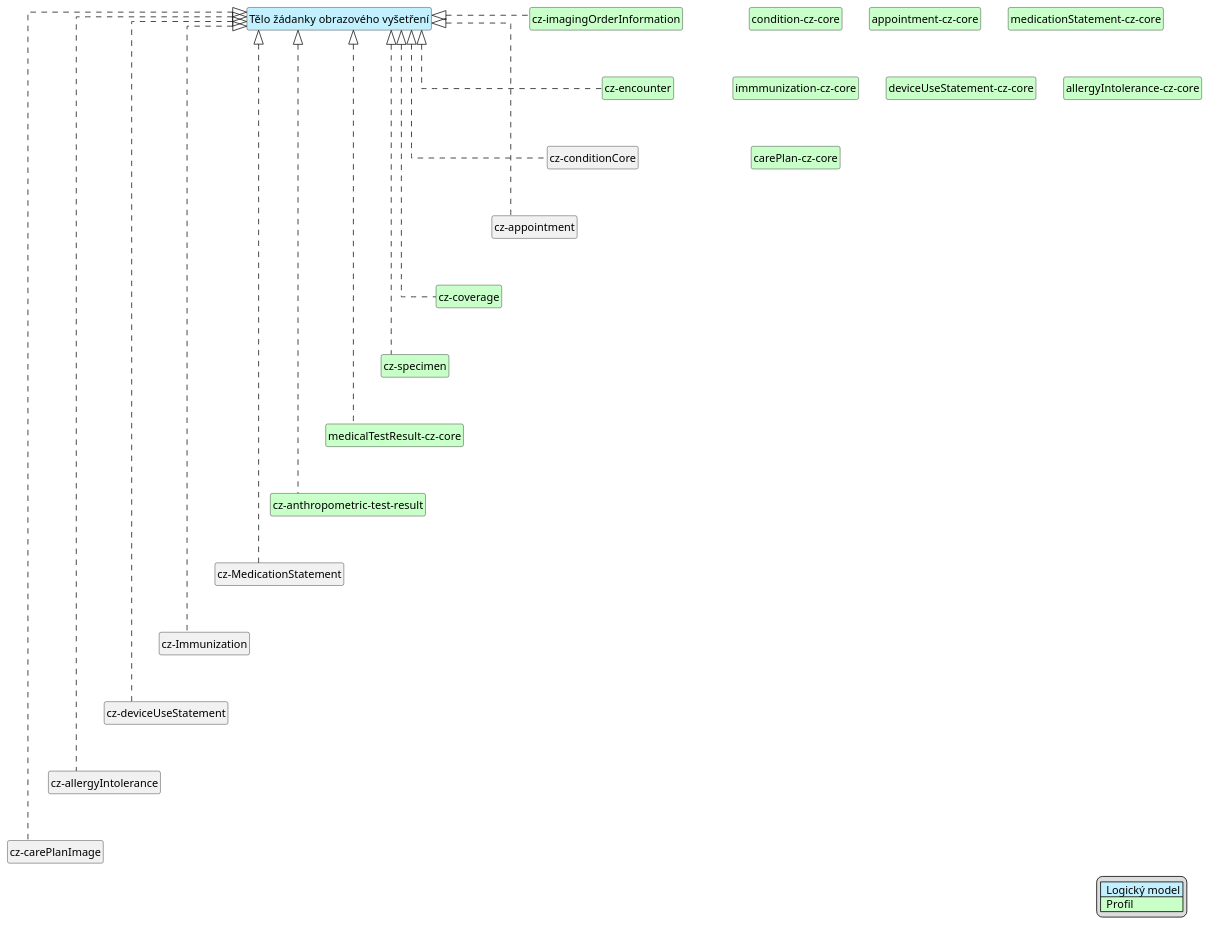
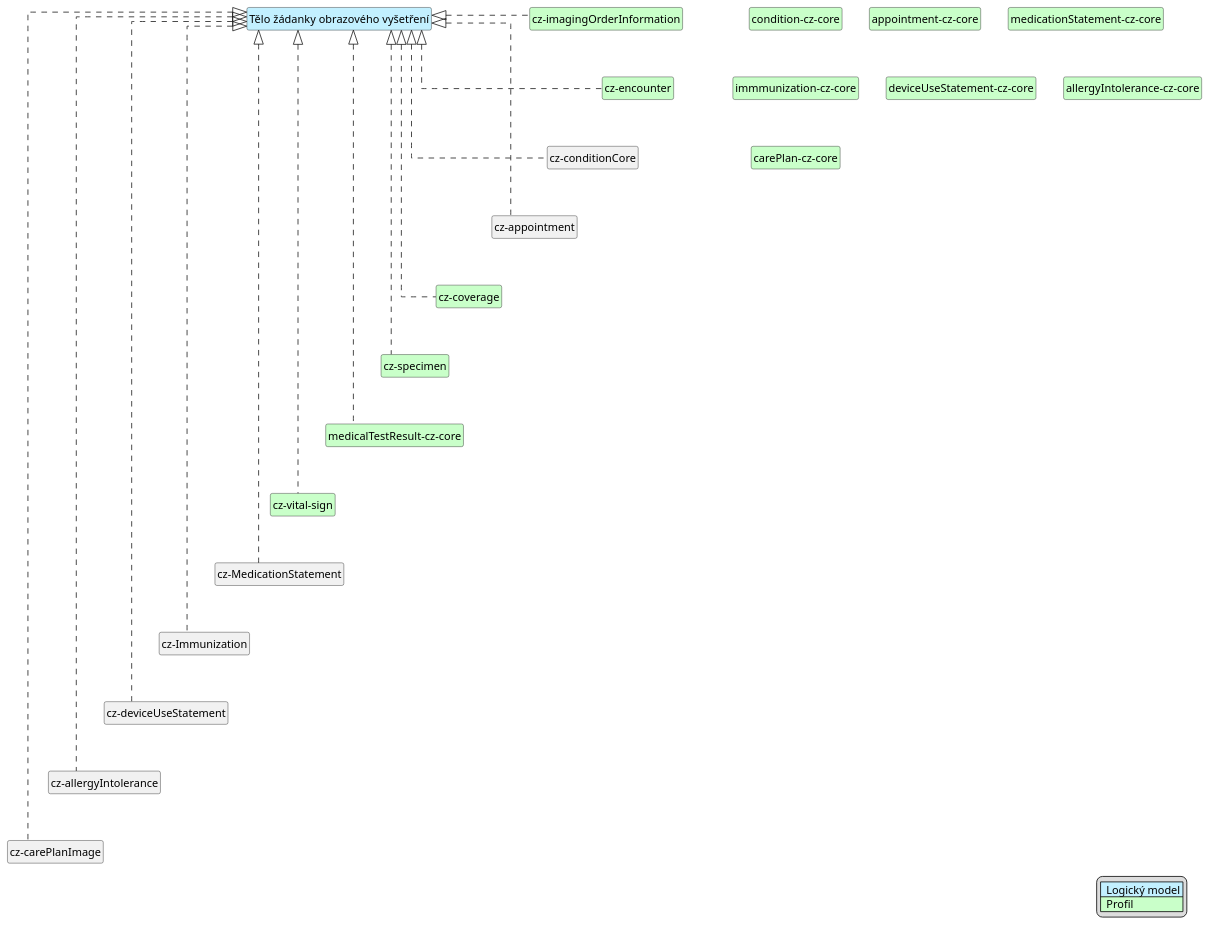
One commit to HL7-cz/img-order changed the diagram in input/images-source/imgOrderBody-map-cs.plantuml. Above: the diagram before and after it, drawn with PlantUML. The commit also changed 16 other files, not shown here.

```diff
--- a/input/images-source/imgOrderBody-map-cs.plantuml
+++ b/input/images-source/imgOrderBody-map-cs.plantuml
@@ -1,58 +1,58 @@
 @startuml
 hide circle
 hide stereotype
 hide members
 hide methods
 skinparam linetype ortho
 skinparam class {
 BackgroundColor<<LogicalModel>> #APPLICATION
 BackgroundColor<<Profile>> #TECHNOLOGY
 }
 legend right
 | <#APPLICATION>  Logický model |
 | <#TECHNOLOGY>  Profil |
 endlegend
 class "Tělo žádanky obrazového vyšetření" <<LogicalModel>> [[StructureDefinition-BodyImageOrderCz.html]]
 
 class "cz-imagingOrderInformation" <<Profile>> [[StructureDefinition-cz-imagingOrderInformation.html]]
 class "condition-cz-core" <<Profile>> [[https://hl7.cz/fhir/core/StructureDefinition-condition-cz-core.html]]
 class "cz-encounter" <<Profile>> [[https://hl7.cz/fhir/core/StructureDefinition-cz-encounter.html]]
 class "cz-coverage" <<Profile>> [[https://hl7.cz/fhir/core/StructureDefinition-cz-coverage.html]]
 class "appointment-cz-core" <<Profile>> [[https://hl7.cz/fhir/core/StructureDefinition-appointment-cz-core.html]]
 class "cz-specimen" <<Profile>> [[https://hl7.cz/fhir/core/StructureDefinition-cz-specimen.html]]
 class "medicalTestResult-cz-core" <<Profile>> [[https://hl7.cz/fhir/core/StructureDefinition-medicalTestResult-cz-core.html]]
-class "cz-anthropometric-test-result" <<Profile>> [[StructureDefinition-cz-anthropometric-test-result.html]]
+class "cz-vital-sign" <<Profile>> [[StructureDefinition-cz-vital-sign.html]]
 class "medicationStatement-cz-core" <<Profile>> [[https://hl7.cz/fhir/core/StructureDefinition-medicationStatement-cz-core.html]]
 class "immmunization-cz-core" <<Profile>> [[https://hl7.cz/fhir/core/StructureDefinition-immunization-cz-core.html]]
 class "deviceUseStatement-cz-core" <<Profile>> [[https://hl7.cz/fhir/core/StructureDefinition-deviceUseStatement-cz-core.html]]
 class "allergyIntolerance-cz-core" <<Profile>> [[https://hl7.cz/fhir/core/StructureDefinition-allergyIntolerance-cz-core.html]]
 class "carePlan-cz-core" <<Profile>> [[https://hl7.cz/fhir/core/StructureDefinition-carePlan-cz-core.html]]
 
 "Tělo žádanky obrazového vyšetření" <|. "cz-imagingOrderInformation"
 "Tělo žádanky obrazového vyšetření" <|. "cz-appointment"
 "Tělo žádanky obrazového vyšetření" <|. "cz-coverage"
 "Tělo žádanky obrazového vyšetření" <|. "cz-conditionCore"
 "Tělo žádanky obrazového vyšetření" <|. "cz-encounter"
 "Tělo žádanky obrazového vyšetření" <|. "cz-specimen"
 "Tělo žádanky obrazového vyšetření" <|. "medicalTestResult-cz-core"
-"Tělo žádanky obrazového vyšetření" <|. "cz-anthropometric-test-result"
+"Tělo žádanky obrazového vyšetření" <|. "cz-vital-sign"
 "Tělo žádanky obrazového vyšetření" <|. "cz-MedicationStatement"
 "Tělo žádanky obrazového vyšetření" <|. "cz-Immunization"
 "Tělo žádanky obrazového vyšetření" <|. "cz-deviceUseStatement"
 "Tělo žádanky obrazového vyšetření" <|. "cz-allergyIntolerance"
 "Tělo žádanky obrazového vyšetření" <|. "cz-carePlanImage"
 
 "cz-imagingOrderInformation" -d[hidden]-> "cz-encounter"
 "cz-encounter" -d[hidden]-> "cz-conditionCore"
 "cz-conditionCore" -d[hidden]-> "cz-appointment"
 "cz-appointment" -d[hidden]-> "cz-coverage"
 "cz-coverage" -d[hidden]-> "cz-specimen"
 "cz-specimen" -d[hidden]-> "medicalTestResult-cz-core"
-"medicalTestResult-cz-core" -d[hidden]-> "cz-anthropometric-test-result"
-"cz-anthropometric-test-result" -d[hidden]-> "cz-MedicationStatement"
+"medicalTestResult-cz-core" -d[hidden]-> "cz-vital-sign"
+"cz-vital-sign" -d[hidden]-> "cz-MedicationStatement"
 "cz-MedicationStatement" -d[hidden]-> "cz-Immunization"
 "cz-Immunization" -d[hidden]-> "cz-deviceUseStatement"
 "cz-deviceUseStatement" -d[hidden]-> "cz-allergyIntolerance"
 "cz-allergyIntolerance" -d[hidden]-> "cz-carePlanImage"
 
 @enduml
```
